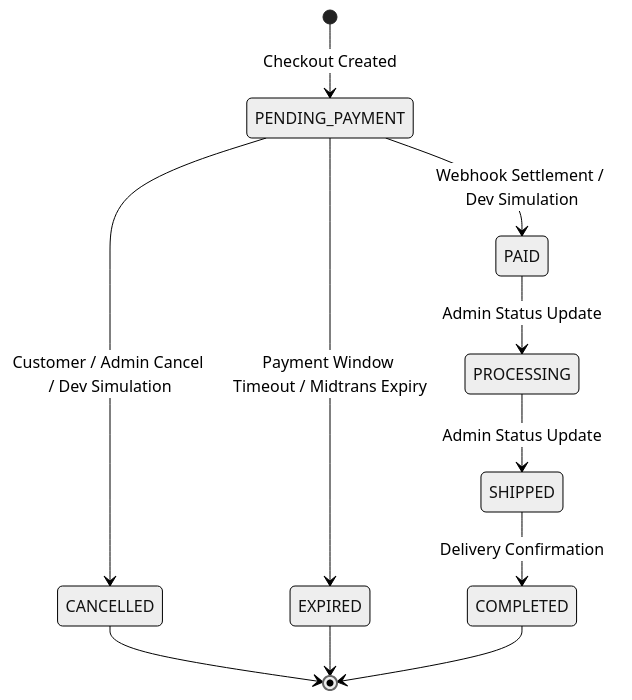
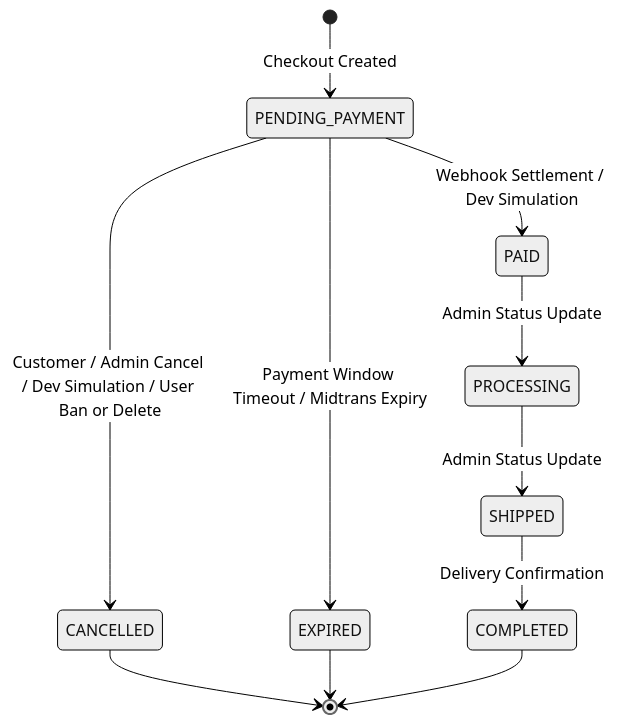
One commit to Sall-lah/store_order changed the second of 2 diagrams in README.md. Above: the diagram before and after it, drawn with Mermaid (neutral theme). The commit also changed other lines of this file and 30 other files, not shown here.

````diff
--- a/README.md
+++ b/README.md
@@ -62,13 +64,13 @@
 ```mermaid
 stateDiagram-v2
     [*] --> PENDING_PAYMENT: Checkout Created
     PENDING_PAYMENT --> PAID: Webhook Settlement / Dev Simulation
-    PENDING_PAYMENT --> CANCELLED: Customer / Admin Cancel / Dev Simulation
+    PENDING_PAYMENT --> CANCELLED: Customer / Admin Cancel / Dev Simulation / User Ban or Delete
     PENDING_PAYMENT --> EXPIRED: Payment Window Timeout / Midtrans Expiry
     PAID --> PROCESSING: Admin Status Update
     PROCESSING --> SHIPPED: Admin Status Update
     SHIPPED --> COMPLETED: Delivery Confirmation
     CANCELLED --> [*]
     EXPIRED --> [*]
     COMPLETED --> [*]
 ```
````
